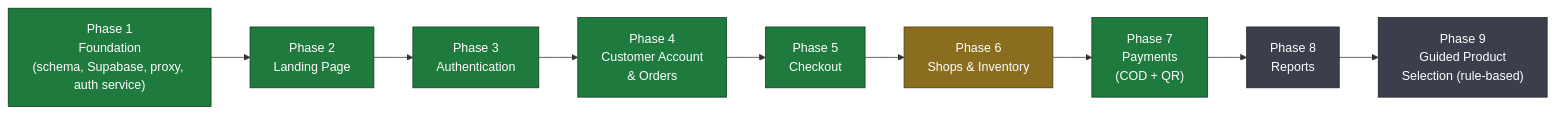
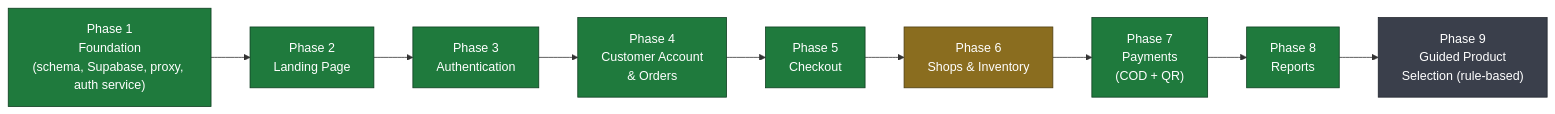
The first of 3 diagrams in README.md (Manuel00216/RobertJ-OnlineShop), drawn with Mermaid before and after one commit. The commit also changed other lines of this file and 27 other files, not shown here.

````diff
--- a/README.md
+++ b/README.md
@@ -201,21 +201,21 @@
 ```mermaid
 flowchart LR
     P1["Phase 1<br/>Foundation<br/>(schema, Supabase, proxy, auth service)"]
     P2["Phase 2<br/>Landing Page"]
     P3["Phase 3<br/>Authentication"]
     P4["Phase 4<br/>Customer Account<br/>& Orders"]
     P5["Phase 5<br/>Checkout"]
     P6["Phase 6<br/>Shops & Inventory"]
     P7["Phase 7<br/>Payments<br/>(COD + QR)"]
     P8["Phase 8<br/>Reports"]
     P9["Phase 9<br/>Guided Product<br/>Selection (rule-based)"]
 
     P1 --> P2 --> P3 --> P4 --> P5 --> P6 --> P7 --> P8 --> P9
 
     classDef done fill:#1f7a3d,stroke:#0d3d1f,color:#fff;
     classDef todo fill:#3a3f4b,stroke:#20242c,color:#fff;
     classDef partial fill:#8a6d1f,stroke:#4d3c10,color:#fff;
-    class P1,P2,P3,P4,P5,P7 done;
+    class P1,P2,P3,P4,P5,P7,P8 done;
     class P6 partial;
-    class P8,P9 todo;
+    class P9 todo;
 ```
````
